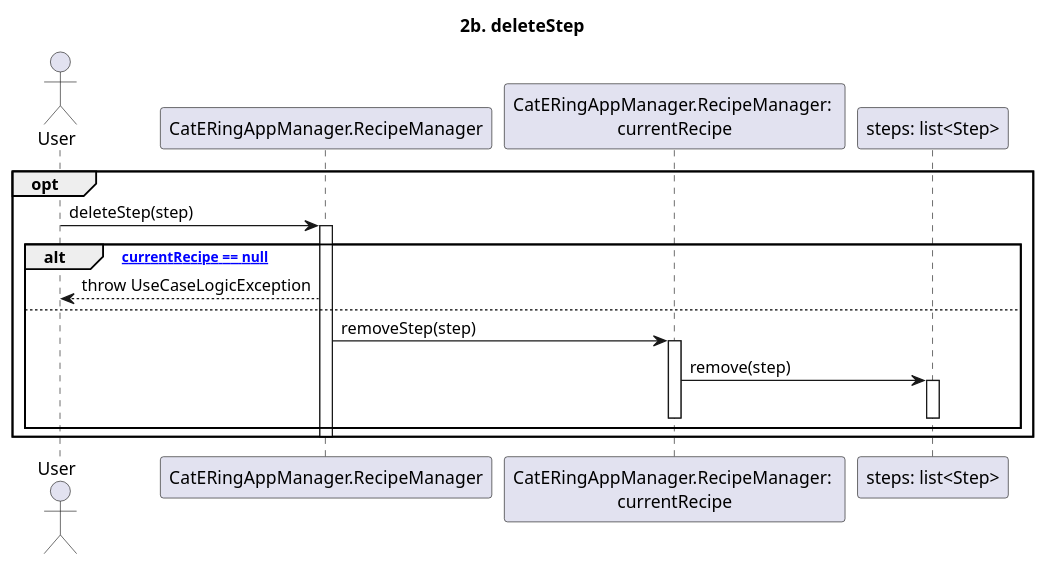
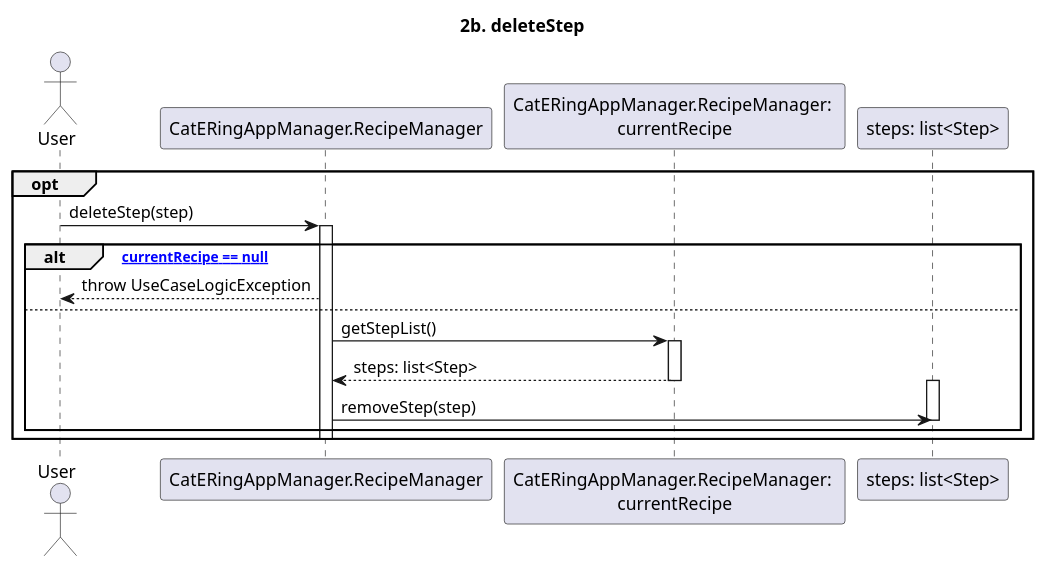
One commit to m0canu1/sas changed the diagram in dsd/dsd-ricette/estensioni/2b-deleteStep.md. Above: the diagram before and after it, drawn with PlantUML. The commit also changed 8 other files, not shown here.

````diff
--- a/dsd/dsd-ricette/estensioni/2b-deleteStep.md
+++ b/dsd/dsd-ricette/estensioni/2b-deleteStep.md
@@ -1,30 +1,30 @@
 ```plantuml
 
 title: 2b. deleteStep
 
 Actor User
 Participant "CatERingAppManager.RecipeManager" as RM
 Participant "CatERingAppManager.RecipeManager: \ncurrentRecipe" as CR
 Participant "steps: list<Step>" as CS
 
 opt
     User -> RM: deleteStep(step)
     Activate RM
 
     alt ["currentRecipe == null"]
         RM --> User: throw UseCaseLogicException
     else
-        RM -> CR: removeStep(step)
+        RM -> CR: getStepList()
         Activate CR
     
-        CR -> CS: remove(step)
+        CR --> RM: steps: list<Step>
+        Deactivate CR
         Activate CS
+        RM -> CS: removeStep(step)
         Deactivate CS
-        Deactivate CR
-
 
     end
     Deactivate RM
 end
 
 ```
````
